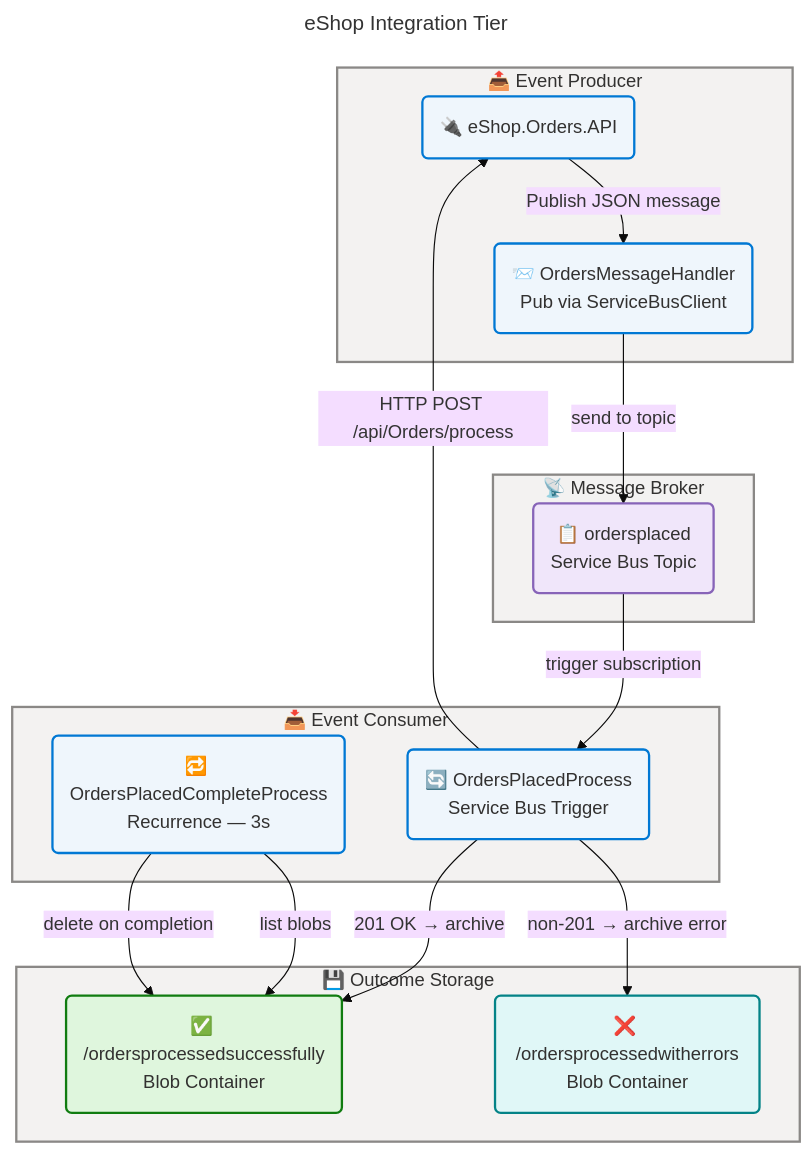
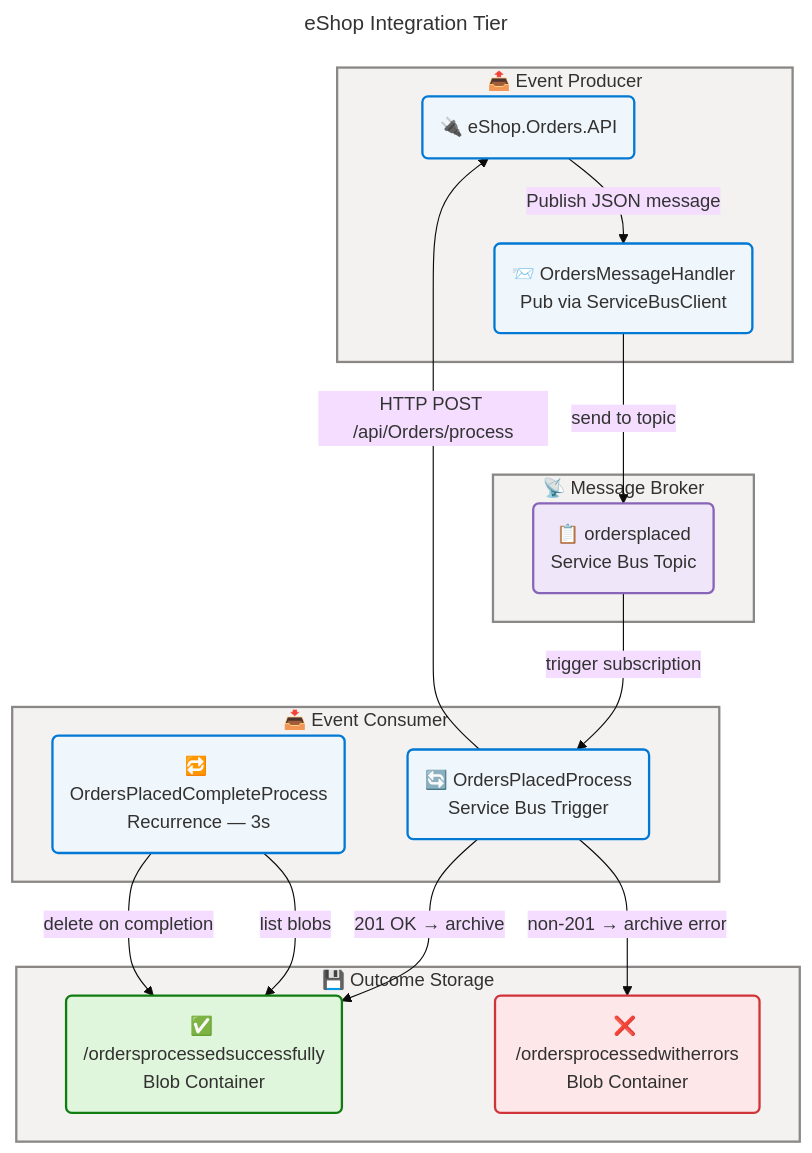
The third of 8 diagrams in docs/architecture/application-architecture.md (Evilazaro/Azure-LogicApps-Monitoring), drawn with Mermaid before and after one commit. The commit also changed other lines of this file, not shown here.

Commit message:
Refactor Mermaid diagram styles for improved clarity and consistency

````diff
--- a/docs/architecture/application-architecture.md
+++ b/docs/architecture/application-architecture.md
@@ -197,67 +197,67 @@
 ```mermaid
 ---
 title: eShop Integration Tier
 config:
   theme: base
   look: classic
   layout: dagre
   themeVariables:
     fontSize: '16px'
   flowchart:
     htmlLabels: true
 ---
 flowchart TB
     accTitle: eShop Integration Tier Diagram
     accDescr: Shows event-driven integration patterns between the Orders API, Azure Service Bus, Logic App, and Blob Storage. WCAG AA compliant.
 
     %% ═══════════════════════════════════════════════════════════════════════════
     %% AZURE / FLUENT ARCHITECTURE PATTERN v1.1
     %% (Semantic + Structural + Font + Accessibility Governance)
     %% ═══════════════════════════════════════════════════════════════════════════
     %% PHASE 1 - FLUENT UI: All styling uses approved Fluent UI palette only
     %% PHASE 2 - GROUPS: Every subgraph has semantic color via style directive
     %% PHASE 3 - COMPONENTS: Every node has semantic classDef + icon prefix
     %% PHASE 4 - ACCESSIBILITY: accTitle/accDescr present, WCAG AA contrast
     %% PHASE 5 - STANDARD: Governance block present, classDefs centralized
     %% ═══════════════════════════════════════════════════════════════════════════
 
     subgraph PRODUCER["📤 Event Producer"]
         API("🔌 eShop.Orders.API"):::core
         OMSG("📨 OrdersMessageHandler\nPub via ServiceBusClient"):::core
     end
 
     subgraph BROKER["📡 Message Broker"]
         TOPIC("📋 ordersplaced\nService Bus Topic"):::data
     end
 
     subgraph CONSUMER["📥 Event Consumer"]
         LA_PROC("🔄 OrdersPlacedProcess\nService Bus Trigger"):::core
         LA_COMP("🔁 OrdersPlacedCompleteProcess\nRecurrence — 3s"):::core
     end
 
     subgraph STORAGE["💾 Outcome Storage"]
         BLOB_OK("✅ /ordersprocessedsuccessfully\nBlob Container"):::success
-        BLOB_ERR("❌ /ordersprocessedwitherrors\nBlob Container"):::external
+        BLOB_ERR("❌ /ordersprocessedwitherrors\nBlob Container"):::danger
     end
 
     API -->|"Publish JSON message"| OMSG
     OMSG -->|"send to topic"| TOPIC
     TOPIC -->|"trigger subscription"| LA_PROC
     LA_PROC -->|"HTTP POST /api/Orders/process"| API
     LA_PROC -->|"201 OK → archive"| BLOB_OK
     LA_PROC -->|"non-201 → archive error"| BLOB_ERR
     LA_COMP -->|"list blobs"| BLOB_OK
     LA_COMP -->|"delete on completion"| BLOB_OK
 
     style PRODUCER fill:#F3F2F1,stroke:#8A8886,stroke-width:2px,color:#323130
     style BROKER fill:#F3F2F1,stroke:#8A8886,stroke-width:2px,color:#323130
     style CONSUMER fill:#F3F2F1,stroke:#8A8886,stroke-width:2px,color:#323130
     style STORAGE fill:#F3F2F1,stroke:#8A8886,stroke-width:2px,color:#323130
 
     %% Centralized classDefs
     classDef neutral fill:#FAFAFA,stroke:#8A8886,stroke-width:2px,color:#323130
     classDef core fill:#EFF6FC,stroke:#0078D4,stroke-width:2px,color:#323130
     classDef data fill:#F0E6FA,stroke:#8764B8,stroke-width:2px,color:#323130
     classDef success fill:#DFF6DD,stroke:#107C10,stroke-width:2px,color:#323130
-    classDef external fill:#E0F7F7,stroke:#038387,stroke-width:2px,color:#323130
+    classDef danger fill:#FDE7E9,stroke:#D13438,stroke-width:2px,color:#323130
 ```
````
